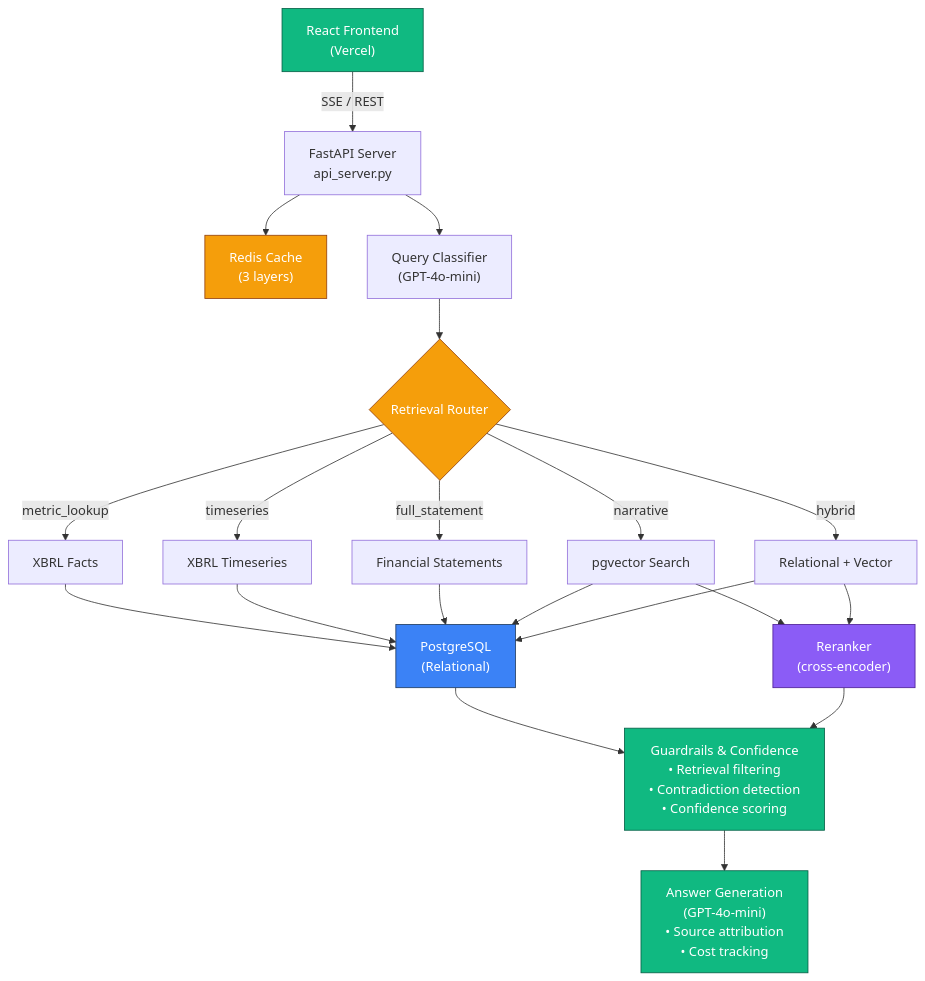
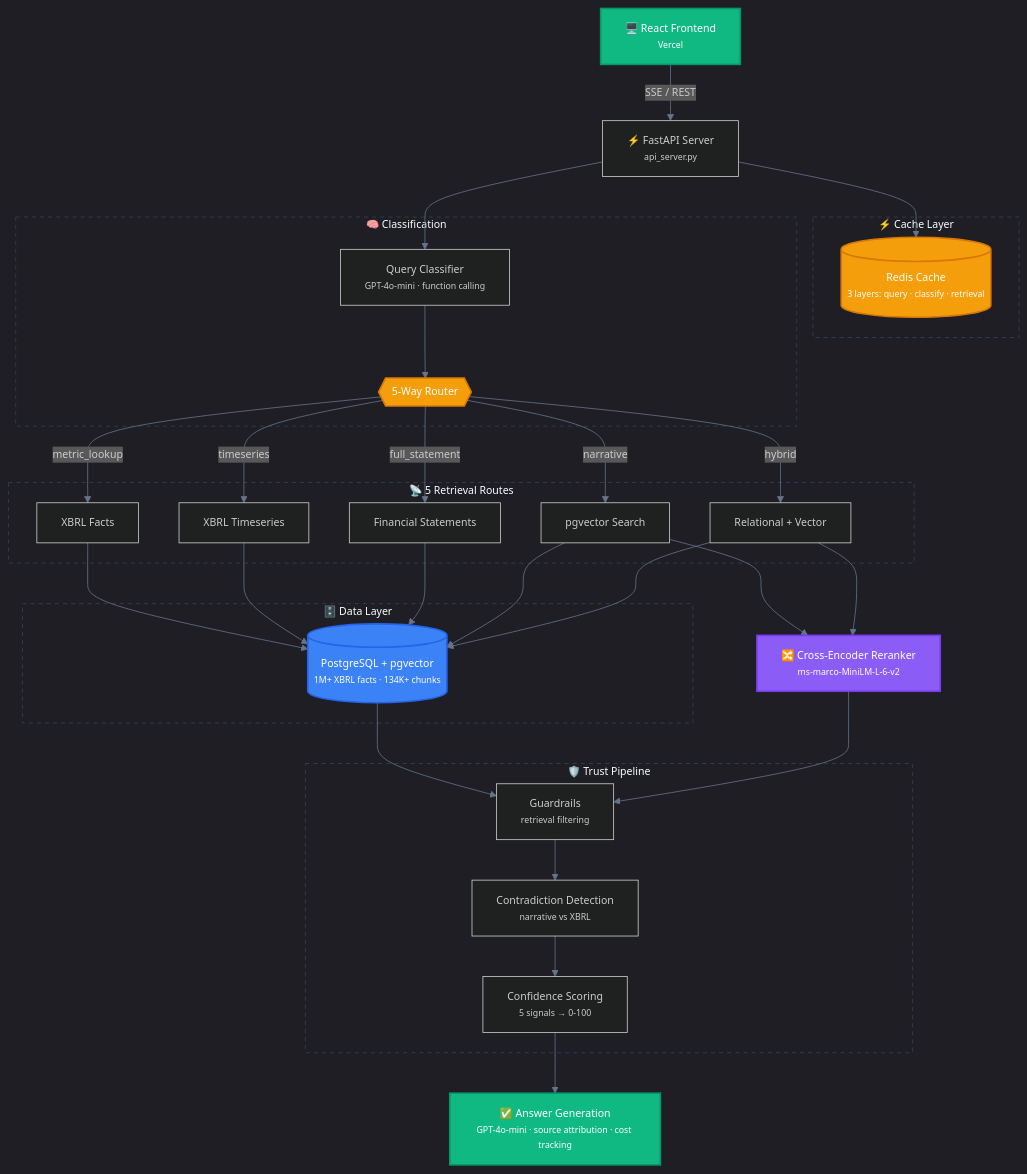
The first of 2 diagrams in docs/architecture.md (bhattaraisubal-eng/sec-intelligence-system), drawn with Mermaid before and after one commit. The commit also changed other lines of this file and 3 other files, not shown here.

First line of the commit message:
Upgrade all Mermaid diagrams with dark theme, subgraphs, and consistent styling

````diff
--- a/docs/architecture.md
+++ b/docs/architecture.md
@@ -9,35 +9,69 @@
 ```mermaid
+%%{init: {'theme': 'dark', 'themeVariables': {'primaryColor': '#1e293b', 'primaryBorderColor': '#475569', 'lineColor': '#64748b', 'fontFamily': 'ui-monospace, monospace', 'fontSize': '13px'}}}%%
 graph TD
-    A["React Frontend<br/>(Vercel)"] -->|"SSE / REST"| B["FastAPI Server<br/>api_server.py"]
-    B --> C["Redis Cache<br/>(3 layers)"]
-    B --> D["Query Classifier<br/>(GPT-4o-mini)"]
-    D --> E{Retrieval Router}
+    A["🖥️ React Frontend<br/><small>Vercel</small>"] -->|"SSE / REST"| B["⚡ FastAPI Server<br/><small>api_server.py</small>"]
 
-    E -->|"metric_lookup"| F["XBRL Facts"]
-    E -->|"timeseries"| G["XBRL Timeseries"]
-    E -->|"full_statement"| H["Financial Statements"]
-    E -->|"narrative"| I["pgvector Search"]
-    E -->|"hybrid"| J["Relational + Vector"]
+    subgraph caching ["⚡ Cache Layer"]
+        C[("Redis Cache<br/><small>3 layers: query · classify · retrieval</small>")]
+    end
 
-    F --> K["PostgreSQL<br/>(Relational)"]
+    B --> C
+    B --> D
+
+    subgraph classification ["🧠 Classification"]
+        D["Query Classifier<br/><small>GPT-4o-mini · function calling</small>"]
+        D --> E{{"5-Way Router"}}
+    end
+
+    subgraph retrieval ["📡 5 Retrieval Routes"]
+        E -->|"metric_lookup"| F["XBRL Facts"]
+        E -->|"timeseries"| G["XBRL Timeseries"]
+        E -->|"full_statement"| H["Financial Statements"]
+        E -->|"narrative"| I["pgvector Search"]
+        E -->|"hybrid"| J["Relational + Vector"]
+    end
+
+    subgraph data ["🗄️ Data Layer"]
+        K[("PostgreSQL + pgvector<br/><small>1M+ XBRL facts · 134K+ chunks</small>")]
+    end
+
+    F --> K
     G --> K
     H --> K
     I --> K
     J --> K
 
-    I --> L["Reranker<br/>(cross-encoder)"]
+    I --> L["🔀 Cross-Encoder Reranker<br/><small>ms-marco-MiniLM-L-6-v2</small>"]
     J --> L
 
-    K --> M["Guardrails & Confidence<br/>• Retrieval filtering<br/>• Contradiction detection<br/>• Confidence scoring"]
+    subgraph trust ["🛡️ Trust Pipeline"]
+        M["Guardrails<br/><small>retrieval filtering</small>"]
+        M --> M2["Contradiction Detection<br/><small>narrative vs XBRL</small>"]
+        M2 --> M3["Confidence Scoring<br/><small>5 signals → 0-100</small>"]
+    end
+
+    K --> M
     L --> M
 
-    M --> N["Answer Generation<br/>(GPT-4o-mini)<br/>• Source attribution<br/>• Cost tracking"]
+    M3 --> N["✅ Answer Generation<br/><small>GPT-4o-mini · source attribution · cost tracking</small>"]
 
-    style A fill:#10b981,stroke:#065f46,color:#fff
-    style C fill:#f59e0b,stroke:#92400e,color:#fff
-    style E fill:#f59e0b,stroke:#92400e,color:#fff
-    style K fill:#3b82f6,stroke:#1e3a5f,color:#fff
-    style L fill:#8b5cf6,stroke:#4c1d95,color:#fff
-    style M fill:#10b981,stroke:#065f46,color:#fff
-    style N fill:#10b981,stroke:#065f46,color:#fff
+    classDef frontend fill:#10b981,stroke:#059669,color:#fff,stroke-width:2px
+    classDef cache fill:#f59e0b,stroke:#d97706,color:#fff,stroke-width:2px
+    classDef router fill:#f59e0b,stroke:#d97706,color:#fff,stroke-width:2px
+    classDef db fill:#3b82f6,stroke:#2563eb,color:#fff,stroke-width:2px
+    classDef ml fill:#8b5cf6,stroke:#7c3aed,color:#fff,stroke-width:2px
+    classDef output fill:#10b981,stroke:#059669,color:#fff,stroke-width:2px
+
+    class A frontend
+    class C cache
+    class E router
+    class K db
+    class L ml
+    class N output
+
+    style caching fill:transparent,stroke:#334155,stroke-width:1px,stroke-dasharray:5 5
+    style classification fill:transparent,stroke:#334155,stroke-width:1px,stroke-dasharray:5 5
+    style retrieval fill:transparent,stroke:#334155,stroke-width:1px,stroke-dasharray:5 5
+    style data fill:transparent,stroke:#334155,stroke-width:1px,stroke-dasharray:5 5
+    style trust fill:transparent,stroke:#334155,stroke-width:1px,stroke-dasharray:5 5
 ```
````
